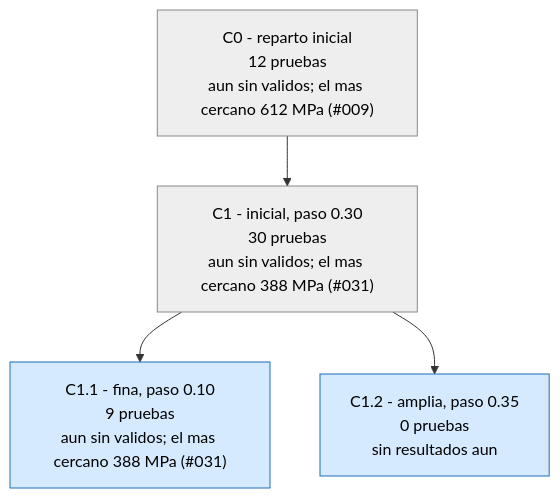
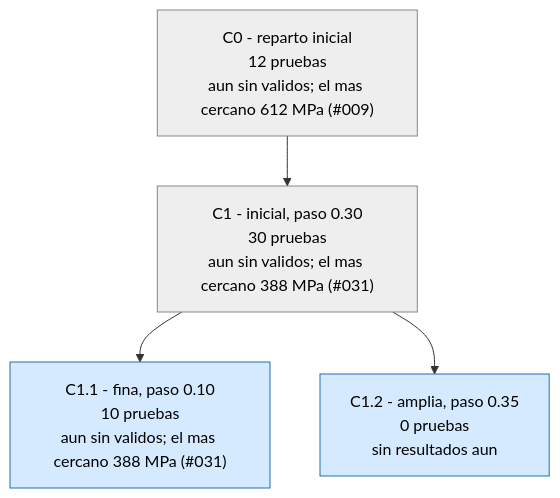
Before and after one commit to Hugiko/msd-soporte-optimizacion: the third of 3 diagrams in runs/opt_37800N/ARBOL.md, drawn with Mermaid. The commit also changed 19 other files, not shown here.

````diff
--- a/runs/opt_37800N/ARBOL.md
+++ b/runs/opt_37800N/ARBOL.md
@@ -55,13 +55,13 @@
 ```mermaid
 graph TD
 classDef activa fill:#d6eaff,stroke:#1f6fb5,color:#000
 classDef fin fill:#eeeeee,stroke:#888,color:#000
 classDef mejor fill:#c8f0c0,stroke:#1a9850,stroke-width:4px,color:#000
 C0["C0 - reparto inicial<br/>12 pruebas<br/>aun sin validos; el mas cercano 612 MPa (#009)"]:::fin
 C1["C1 - inicial, paso 0.30<br/>30 pruebas<br/>aun sin validos; el mas cercano 388 MPa (#031)"]:::fin
 C0 --> C1
-C1_1["C1.1 - fina, paso 0.10<br/>9 pruebas<br/>aun sin validos; el mas cercano 388 MPa (#031)"]:::activa
+C1_1["C1.1 - fina, paso 0.10<br/>10 pruebas<br/>aun sin validos; el mas cercano 388 MPa (#031)"]:::activa
 C1 --> C1_1
 C1_2["C1.2 - amplia, paso 0.35<br/>0 pruebas<br/>sin resultados aun"]:::activa
 C1 --> C1_2
 ```
````
